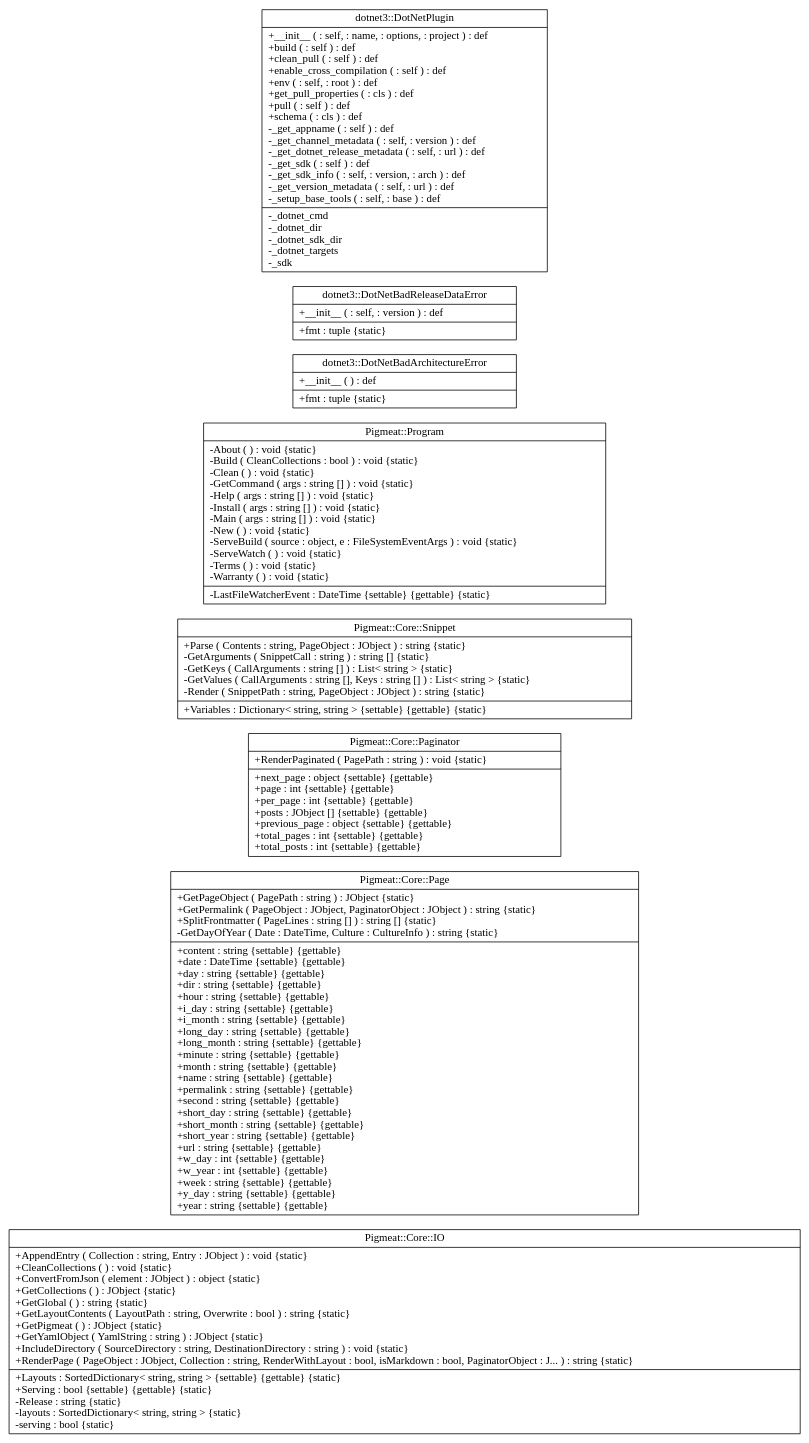
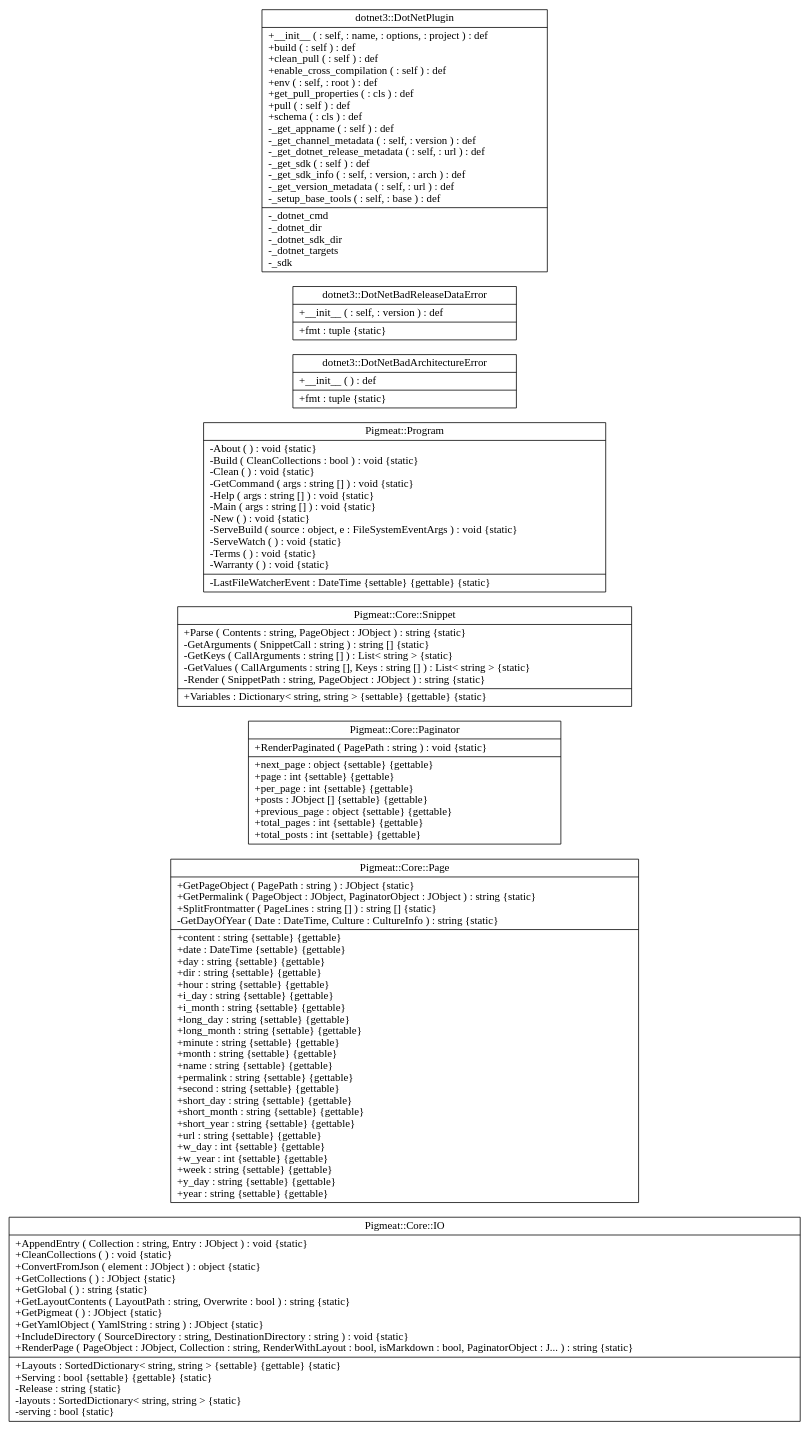
The diagram in diagrams/graph.dot (milovidov983/Pigmeat), drawn with Graphviz before and after one commit. The commit also changed 46 other files, not shown here.

```diff
--- a/diagrams/graph.dot
+++ b/diagrams/graph.dot
@@ -1,12 +1,12 @@
 digraph doxygraph
 {
 graph [ rankdir="RL" ]
 "class_pigmeat_1_1_core_1_1_i_o" [ label="Pigmeat::Core::IO\n|+AppendEntry ( Collection : string, Entry : JObject ) : void \{static\}\l+CleanCollections (  ) : void \{static\}\l+ConvertFromJson ( element : JObject ) : object \{static\}\l+GetCollections (  ) : JObject \{static\}\l+GetGlobal (  ) : string \{static\}\l+GetLayoutContents ( LayoutPath : string, Overwrite : bool ) : string \{static\}\l+GetPigmeat (  ) : JObject \{static\}\l+GetYamlObject ( YamlString : string ) : JObject \{static\}\l+IncludeDirectory ( SourceDirectory : string, DestinationDirectory : string ) : void \{static\}\l+RenderPage ( PageObject : JObject, Collection : string, RenderWithLayout : bool, isMarkdown : bool, PaginatorObject : J... ) : string \{static\}\l|+Layouts : SortedDictionary\< string, string \> \{settable\} \{gettable\} \{static\}\l+Serving : bool \{settable\} \{gettable\} \{static\}\l-Release : string \{static\}\l-layouts : SortedDictionary\< string, string \> \{static\}\l-serving : bool \{static\}\l" shape="record" ]
 "class_pigmeat_1_1_core_1_1_page" [ label="Pigmeat::Core::Page\n|+GetPageObject ( PagePath : string ) : JObject \{static\}\l+GetPermalink ( PageObject : JObject, PaginatorObject : JObject ) : string \{static\}\l+SplitFrontmatter ( PageLines : string [] ) : string [] \{static\}\l-GetDayOfYear ( Date : DateTime, Culture : CultureInfo ) : string \{static\}\l|+content : string \{settable\} \{gettable\}\l+date : DateTime \{settable\} \{gettable\}\l+day : string \{settable\} \{gettable\}\l+dir : string \{settable\} \{gettable\}\l+hour : string \{settable\} \{gettable\}\l+i_day : string \{settable\} \{gettable\}\l+i_month : string \{settable\} \{gettable\}\l+long_day : string \{settable\} \{gettable\}\l+long_month : string \{settable\} \{gettable\}\l+minute : string \{settable\} \{gettable\}\l+month : string \{settable\} \{gettable\}\l+name : string \{settable\} \{gettable\}\l+permalink : string \{settable\} \{gettable\}\l+second : string \{settable\} \{gettable\}\l+short_day : string \{settable\} \{gettable\}\l+short_month : string \{settable\} \{gettable\}\l+short_year : string \{settable\} \{gettable\}\l+url : string \{settable\} \{gettable\}\l+w_day : int \{settable\} \{gettable\}\l+w_year : int \{settable\} \{gettable\}\l+week : string \{settable\} \{gettable\}\l+y_day : string \{settable\} \{gettable\}\l+year : string \{settable\} \{gettable\}\l" shape="record" ]
 "class_pigmeat_1_1_core_1_1_paginator" [ label="Pigmeat::Core::Paginator\n|+RenderPaginated ( PagePath : string ) : void \{static\}\l|+next_page : object \{settable\} \{gettable\}\l+page : int \{settable\} \{gettable\}\l+per_page : int \{settable\} \{gettable\}\l+posts : JObject [] \{settable\} \{gettable\}\l+previous_page : object \{settable\} \{gettable\}\l+total_pages : int \{settable\} \{gettable\}\l+total_posts : int \{settable\} \{gettable\}\l" shape="record" ]
 "class_pigmeat_1_1_core_1_1_snippet" [ label="Pigmeat::Core::Snippet\n|+Parse ( Contents : string, PageObject : JObject ) : string \{static\}\l-GetArguments ( SnippetCall : string ) : string [] \{static\}\l-GetKeys ( CallArguments : string [] ) : List\< string \> \{static\}\l-GetValues ( CallArguments : string [], Keys : string [] ) : List\< string \> \{static\}\l-Render ( SnippetPath : string, PageObject : JObject ) : string \{static\}\l|+Variables : Dictionary\< string, string \> \{settable\} \{gettable\} \{static\}\l" shape="record" ]
-"class_pigmeat_1_1_program" [ label="Pigmeat::Program\n|-About (  ) : void \{static\}\l-Build ( CleanCollections : bool ) : void \{static\}\l-Clean (  ) : void \{static\}\l-GetCommand ( args : string [] ) : void \{static\}\l-Help ( args : string [] ) : void \{static\}\l-Install ( args : string [] ) : void \{static\}\l-Main ( args : string [] ) : void \{static\}\l-New (  ) : void \{static\}\l-ServeBuild ( source : object, e : FileSystemEventArgs ) : void \{static\}\l-ServeWatch (  ) : void \{static\}\l-Terms (  ) : void \{static\}\l-Warranty (  ) : void \{static\}\l|-LastFileWatcherEvent : DateTime \{settable\} \{gettable\} \{static\}\l" shape="record" ]
+"class_pigmeat_1_1_program" [ label="Pigmeat::Program\n|-About (  ) : void \{static\}\l-Build ( CleanCollections : bool ) : void \{static\}\l-Clean (  ) : void \{static\}\l-GetCommand ( args : string [] ) : void \{static\}\l-Help ( args : string [] ) : void \{static\}\l-Main ( args : string [] ) : void \{static\}\l-New (  ) : void \{static\}\l-ServeBuild ( source : object, e : FileSystemEventArgs ) : void \{static\}\l-ServeWatch (  ) : void \{static\}\l-Terms (  ) : void \{static\}\l-Warranty (  ) : void \{static\}\l|-LastFileWatcherEvent : DateTime \{settable\} \{gettable\} \{static\}\l" shape="record" ]
 "classdotnet3_1_1_dot_net_bad_architecture_error" [ label="dotnet3::DotNetBadArchitectureError\n|+__init__ (  ) : def\l|+fmt : tuple \{static\}\l" shape="record" ]
 "classdotnet3_1_1_dot_net_bad_release_data_error" [ label="dotnet3::DotNetBadReleaseDataError\n|+__init__ (  : self,  : version ) : def\l|+fmt : tuple \{static\}\l" shape="record" ]
 "classdotnet3_1_1_dot_net_plugin" [ label="dotnet3::DotNetPlugin\n|+__init__ (  : self,  : name,  : options,  : project ) : def\l+build (  : self ) : def\l+clean_pull (  : self ) : def\l+enable_cross_compilation (  : self ) : def\l+env (  : self,  : root ) : def\l+get_pull_properties (  : cls ) : def\l+pull (  : self ) : def\l+schema (  : cls ) : def\l-_get_appname (  : self ) : def\l-_get_channel_metadata (  : self,  : version ) : def\l-_get_dotnet_release_metadata (  : self,  : url ) : def\l-_get_sdk (  : self ) : def\l-_get_sdk_info (  : self,  : version,  : arch ) : def\l-_get_version_metadata (  : self,  : url ) : def\l-_setup_base_tools (  : self,  : base ) : def\l|-_dotnet_cmd\l-_dotnet_dir\l-_dotnet_sdk_dir\l-_dotnet_targets\l-_sdk\l" shape="record" ]
 }
```
